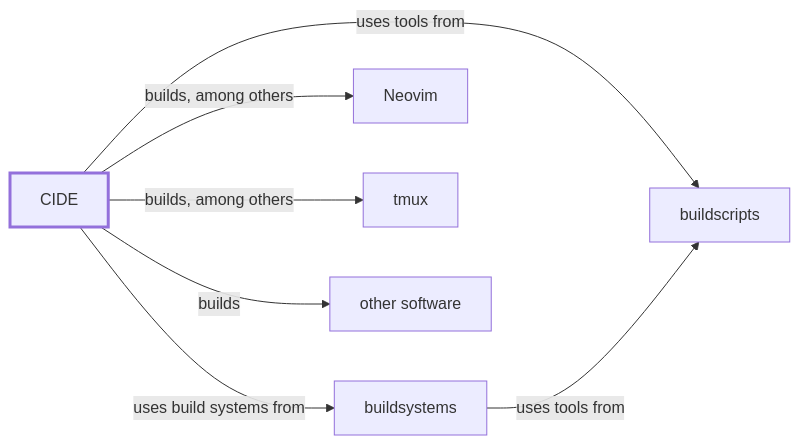
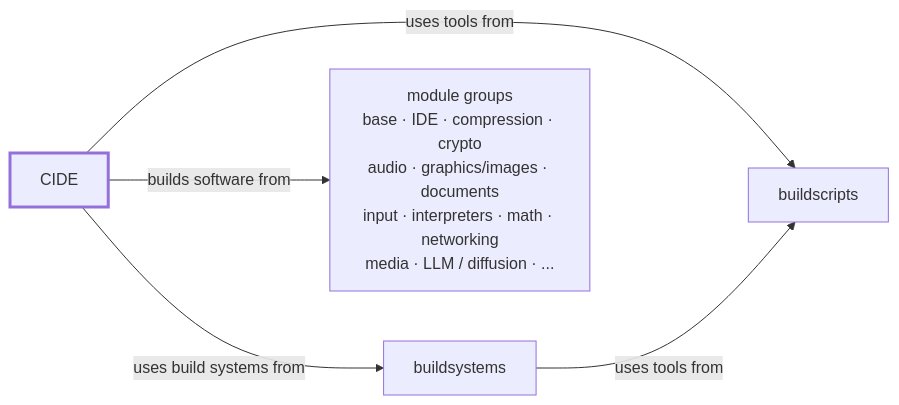
Before and after one commit to witold-k/witold-k: the fifth of 6 diagrams in README.md, drawn with Mermaid. The commit also changed other lines of this file, not shown here.

Commit message:
Group CIDE outputs by module families

````diff
--- a/README.md
+++ b/README.md
@@ -84,12 +84,10 @@
 ```mermaid
 flowchart LR
     C[CIDE] -->|uses tools from| S[buildscripts]
     C -->|uses build systems from| B[buildsystems]
     B -->|uses tools from| S
 
-    C -->|builds, among others| N[Neovim]
-    C -->|builds, among others| T[tmux]
-    C -->|builds| O[other software]
+    C -->|builds software from| G["module groups<br/>base · IDE · compression · crypto<br/>audio · graphics/images · documents<br/>input · interpreters · math · networking<br/>media · LLM / diffusion · ..."]
 
     style C stroke-width:3px
 ```
````
